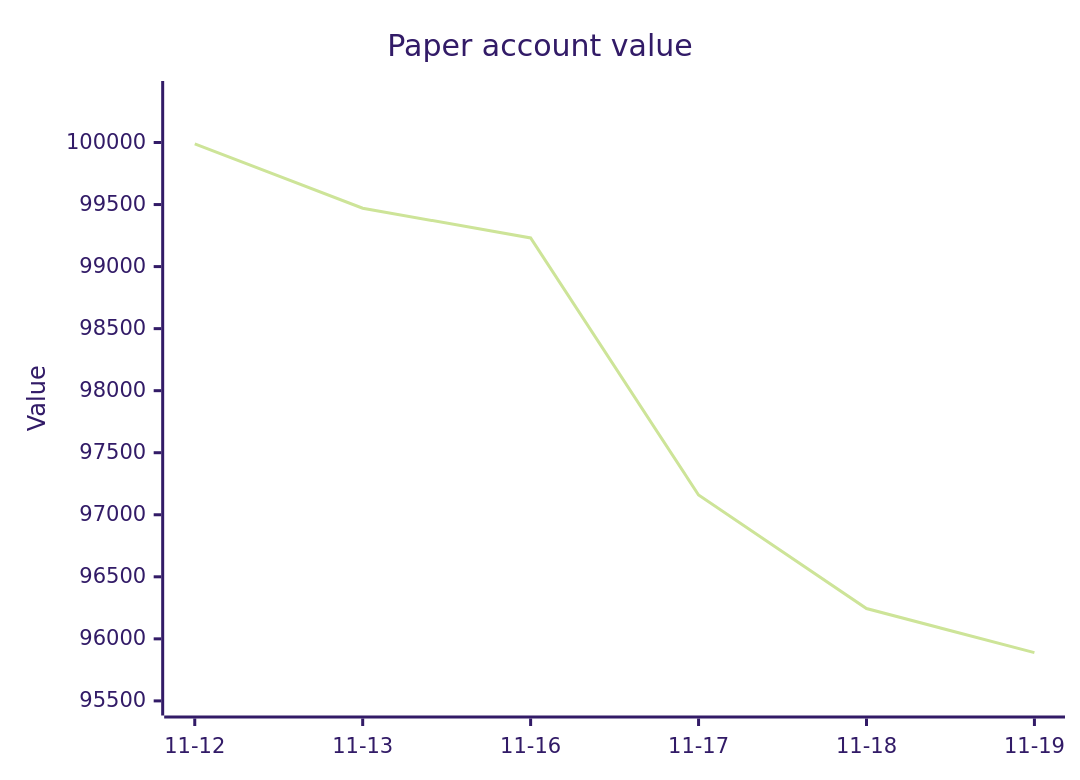
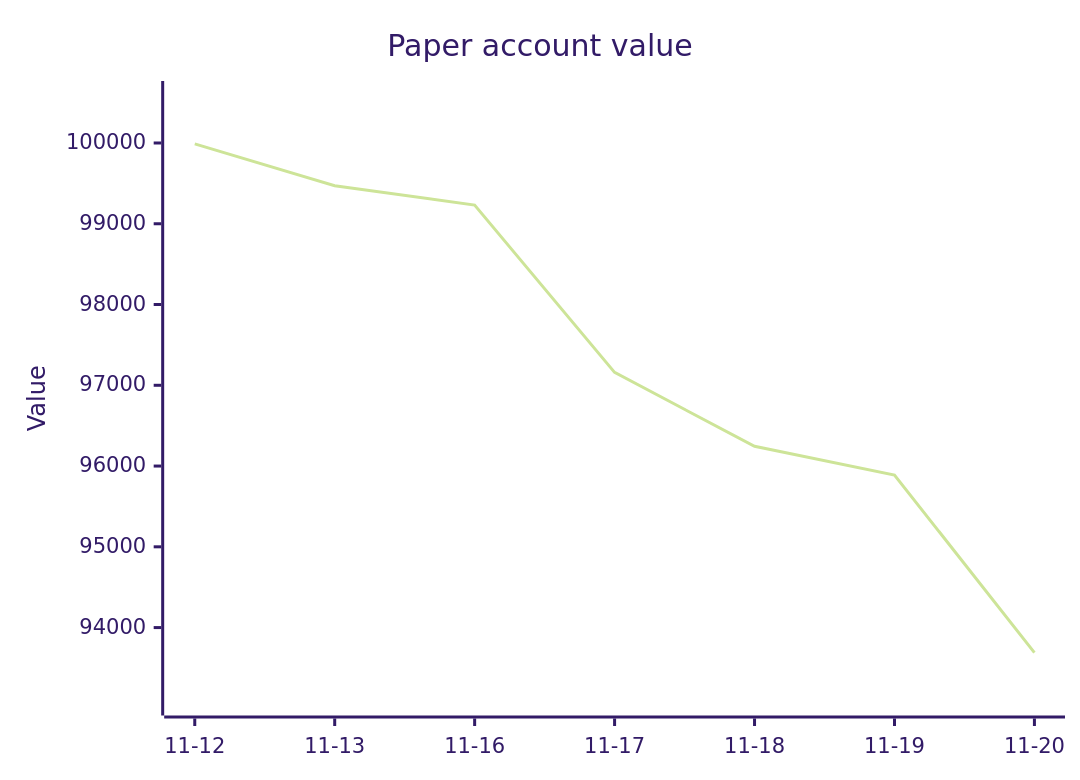
The second of 2 diagrams in 00 - Bot Dashboard.md (owlpowell50-creator/trading-bot), drawn with Mermaid (forest theme) before and after one commit. The commit also changed other lines of this file and 13 other files, not shown here.

````diff
--- a/00 - Bot Dashboard.md
+++ b/00 - Bot Dashboard.md
@@ -64,7 +65,7 @@
 ```mermaid
 xychart-beta
     title "Paper account value"
-    x-axis ["11-12", "11-13", "11-16", "11-17", "11-18", "11-19"]
-    y-axis "Value" 95479 --> 100399
-    line [99989.1, 99470.6, 99230.9, 97159.3, 96244.1, 95888.9]
+    x-axis ["11-12", "11-13", "11-16", "11-17", "11-18", "11-19", "11-20"]
+    y-axis "Value" 93060 --> 100619
+    line [99989.1, 99470.6, 99230.9, 97159.3, 96244.1, 95888.9, 93690.1]
 ```
````
